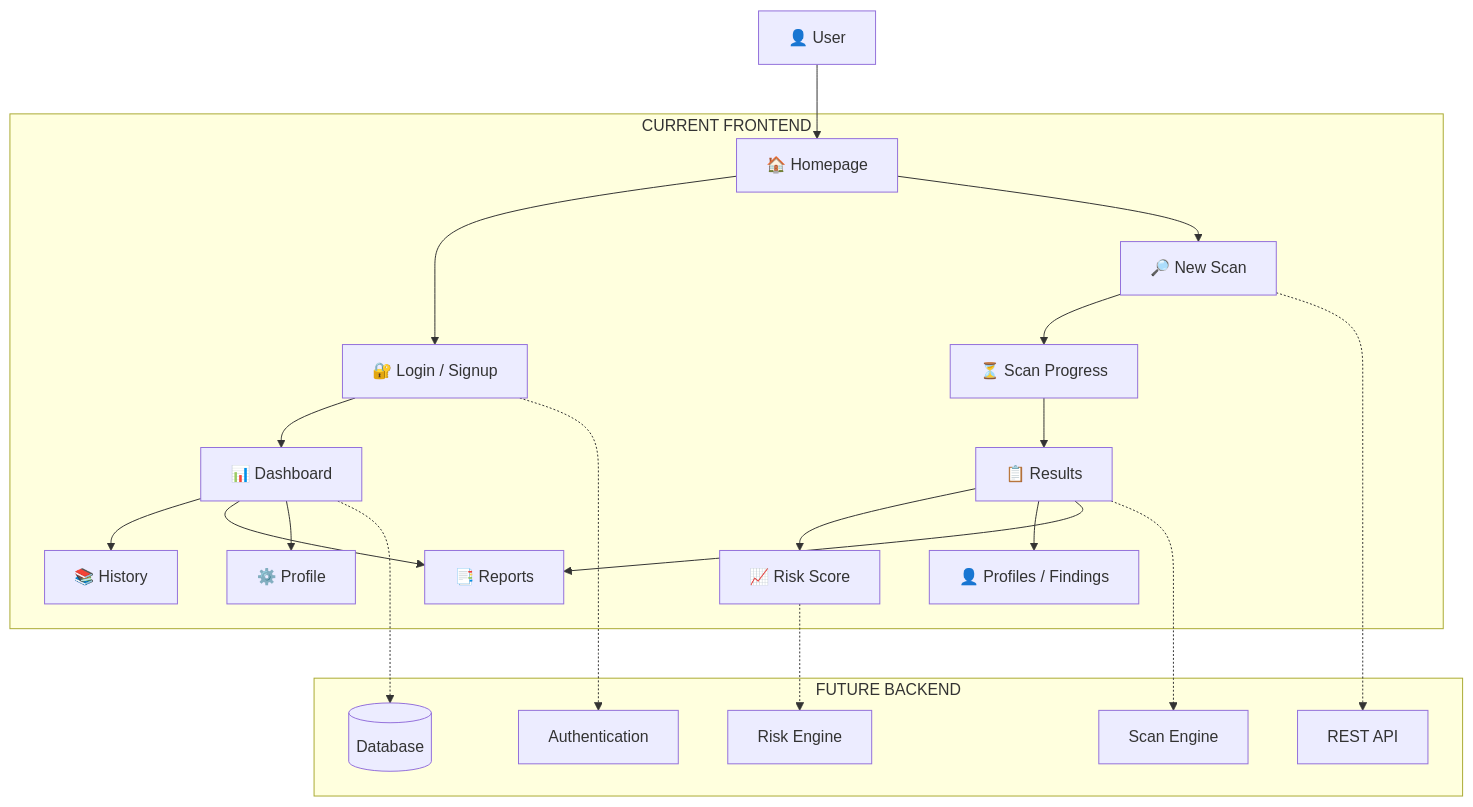
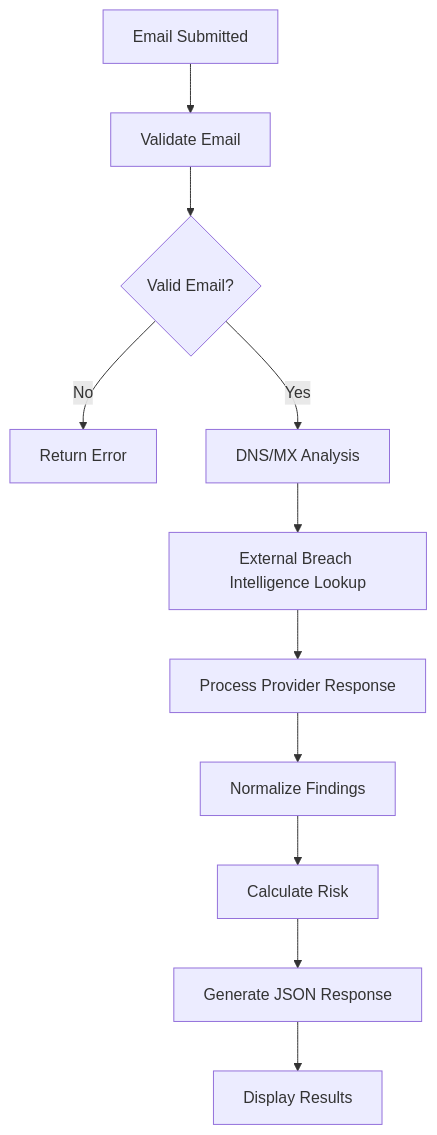
Before and after one commit to Satyamtiwari23/Trace_My_Self: the fifth of 8 diagrams in README.md, drawn with Mermaid. The commit also changed other lines of this file, not shown here.

````diff
--- a/README.md
+++ b/README.md
@@ -211,51 +717,13 @@
 ```mermaid
-flowchart TB
-
-    U[👤 User]
-
-    U --> H[🏠 Homepage]
-
-    H --> A[🔐 Login / Signup]
-    H --> S[🔎 New Scan]
-
-    A --> D[📊 Dashboard]
-
-    S --> P[⏳ Scan Progress]
-    P --> R[📋 Results]
-
-    R --> V[📈 Risk Score]
-    R --> F[👤 Profiles / Findings]
-    R --> Q[📑 Reports]
-
-    D --> HI[📚 History]
-    D --> Q
-    D --> PR[⚙️ Profile]
-
-    subgraph CURRENT FRONTEND
-        H
-        A
-        D
-        S
-        P
-        R
-        V
-        F
-        HI
-        Q
-        PR
-    end
-
-    subgraph FUTURE BACKEND
-        API[REST API]
-        AUTH[Authentication]
-        DB[(Database)]
-        ENGINE[Scan Engine]
-        RISK[Risk Engine]
-    end
-
-    S -.-> API
-    A -.-> AUTH
-    D -.-> DB
-    R -.-> ENGINE
-    V -.-> RISK
+flowchart TD
+    A[Email Submitted] --> B[Validate Email]
+    B --> C{Valid Email?}
+    C -- No --> D[Return Error]
+    C -- Yes --> E[DNS/MX Analysis]
+    E --> F[External Breach Intelligence Lookup]
+    F --> G[Process Provider Response]
+    G --> H[Normalize Findings]
+    H --> I[Calculate Risk]
+    I --> J[Generate JSON Response]
+    J --> K[Display Results]
 ```
````
